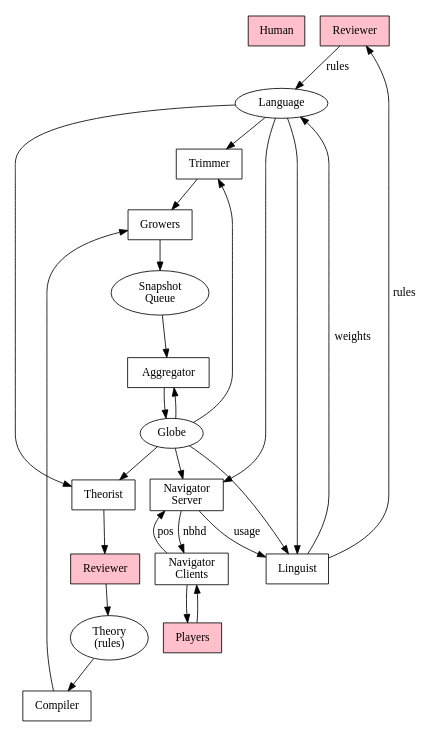
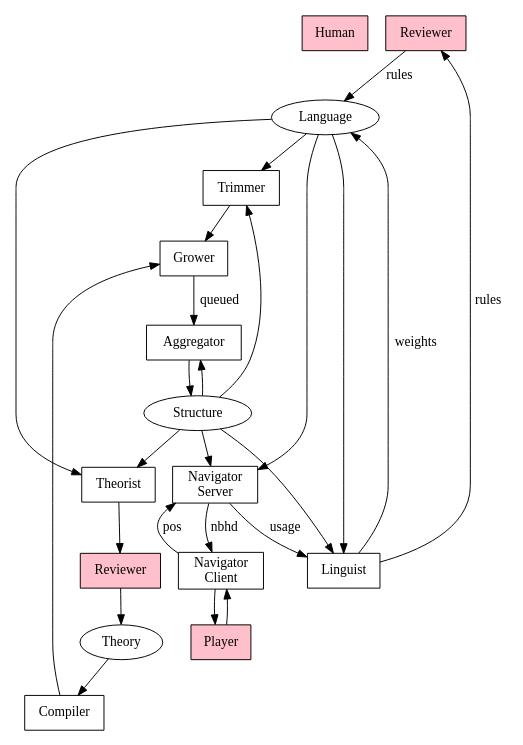
One commit to fritzo/pomagma changed the diagram in doc/architecture.dot. Above: the diagram before and after it, drawn with Graphviz. The commit also changed 2 other files, not shown here.

Commit message:
Simplify architecture diagram

```diff
--- a/doc/architecture.dot
+++ b/doc/architecture.dot
@@ -1,49 +1,53 @@
 digraph G {
 	overlap=false;
 	size="6,6";
 
 	node [shape=box];
 	Human [style=filled, fillcolor=pink];
 
 	lang_reviewer [label="Reviewer", style=filled, fillcolor=pink];
 	theory_reviewer [label="Reviewer", style=filled, fillcolor=pink];
-	db_queue [label="Snapshot\nQueue"];
-	Theory [label="Theory\n(rules)"]
 
-	Globe -> Trimmer;
+	subgraph _cluster_grower {
+		color = gray;
+		Grower;
+	}
+
+	Structure -> Trimmer;
 	Language -> Trimmer;
-	Trimmer -> Growers -> db_queue -> Aggregator -> Globe;
-	Globe -> Aggregator;
+	Trimmer -> Grower;
+	Grower -> Aggregator [label="queued"];
+	Aggregator -> Structure;
+	Structure -> Aggregator;
 
-	Globe -> Theorist;
+	Structure -> Theorist;
 	Language ->  Theorist;
-	Theorist -> theory_reviewer -> Theory -> Compiler -> Growers;
+	Theorist -> theory_reviewer -> Theory -> Compiler -> Grower;
 
-	Globe -> Linguist;
+	Structure -> Linguist;
 	Language -> Linguist;
 	//Linguist -> lang_reviewer -> Language;
 	Linguist -> Language [label="weights"];
 	Linguist -> lang_reviewer -> Language [label="rules"];
 
-	//subgraph cluster_navigator {
-	//	color = purple;
-	//	label = "Navigator";
-	subgraph navigator {
-		node [shape=box];
-		Players [style=filled, fillcolor=pink];
-		nav_server [label="Navigator\nServer"];
-		nav_clients [label="Navigator\nClients"];
-		nav_server -> nav_clients [label="nbhd"];
-		nav_clients -> nav_server [label="pos"];
-		nav_clients -> Players;
-		Players -> nav_clients;
+	subgraph _cluster_navigator {
+		color = gray;
+		//node [shape=box];
+		Player [style=filled, fillcolor=pink];
+		nav_client [label="Navigator\nClient"];
+		nav_client -> Player;
+		Player -> nav_client;
 	}
-	Globe -> nav_server;
+
+	nav_server [label="Navigator\nServer"];
+	nav_client -> nav_server [label="pos"];
+	nav_server -> nav_client [label="nbhd"];
+	Structure -> nav_server;
 	Language -> nav_server;
 	nav_server -> Linguist [label="usage"];
 
-	db_queue [shape=ellipse];
+	// data
 	Language [shape=ellipse];
 	Theory [shape=ellipse];
-	Globe [shape=ellipse];
+	Structure [shape=ellipse];
 }
```
